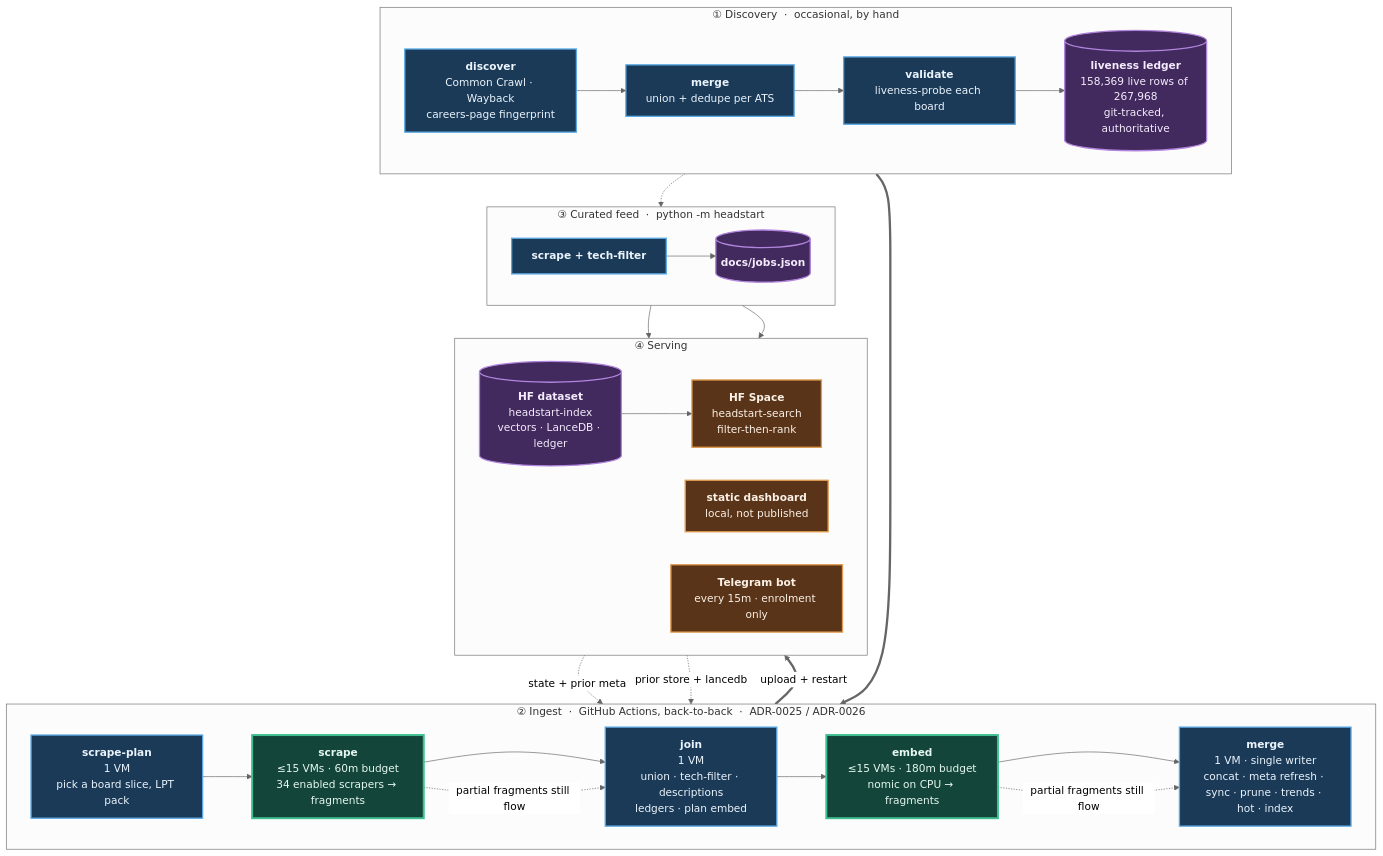
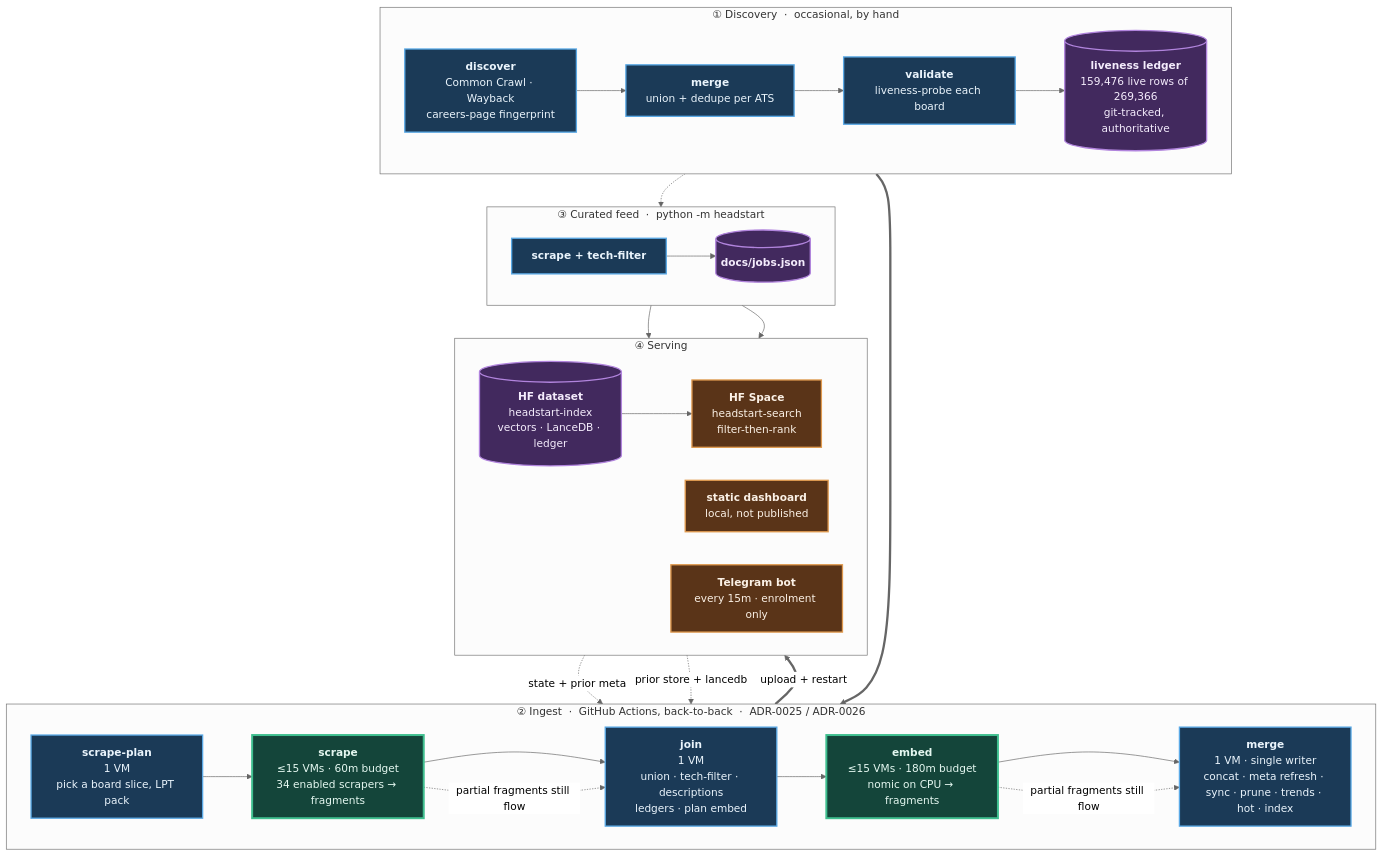
Before and after one commit to sarthakjain004/headstart: the diagram in README.md, drawn with Mermaid (neutral theme). The commit also changed other lines of this file and 24 other files, not shown here.

First line of the commit message:
Add 1,398 ledger rows from the Indeed ATS fingerprint sweep

````diff
--- a/README.md
+++ b/README.md
@@ -171,56 +171,56 @@
 ```mermaid
 flowchart TB
     subgraph D["① Discovery &nbsp;·&nbsp; occasional, by hand"]
         direction LR
         D1["<b>discover</b><br/>Common Crawl · Wayback<br/>careers-page fingerprint"]
         D2["<b>merge</b><br/>union + dedupe per ATS"]
         D3["<b>validate</b><br/>liveness-probe each board"]
-        D4[("<b>liveness ledger</b><br/>158,369 live rows of 267,968<br/>git-tracked, authoritative")]
+        D4[("<b>liveness ledger</b><br/>159,476 live rows of 269,366<br/>git-tracked, authoritative")]
         D1 --> D2 --> D3 --> D4
     end
 
     subgraph P["② Ingest &nbsp;·&nbsp; GitHub Actions, back-to-back &nbsp;·&nbsp; ADR-0025 / ADR-0026"]
         direction LR
         P1["<b>scrape-plan</b><br/>1 VM<br/>pick a board slice, LPT pack"]
         P2["<b>scrape</b><br/>≤15 VMs · 60m budget<br/>34 enabled scrapers → fragments"]
         P3["<b>join</b><br/>1 VM<br/>union · tech-filter · descriptions<br/>ledgers · plan embed"]
         P4["<b>embed</b><br/>≤15 VMs · 180m budget<br/>nomic on CPU → fragments"]
         P5["<b>merge</b><br/>1 VM · single writer<br/>concat · meta refresh · sync · prune · trends · hot · index"]
         P1 --> P2 --> P3 --> P4 --> P5
     end
 
     subgraph F["③ Curated feed &nbsp;·&nbsp; python -m headstart"]
         direction LR
         F1["<b>scrape + tech-filter</b>"]
         F2[("<b>docs/jobs.json</b>")]
         F1 --> F2
     end
 
     subgraph S["④ Serving"]
         direction LR
         S1[("<b>HF dataset</b><br/>headstart-index<br/>vectors · LanceDB · ledger")]
         S2["<b>HF Space</b><br/>headstart-search<br/>filter-then-rank"]
         S3["<b>static dashboard</b><br/>local, not published"]
         S4["<b>Telegram bot</b><br/>every 15m · enrolment only"]
         S1 --> S2
     end
 
     D4 ==> P1
     S1 -. "state + prior meta" .-> P1
     S1 -. "prior store + lancedb" .-> P5
     D4 -.-> F1
     P5 ==>|"upload + restart"| S1
     F2 --> S3
     F2 --> S4
     P2 -. "partial fragments still flow" .-> P3
     P4 -. "partial fragments still flow" .-> P5
 
     classDef serial fill:#1b3a57,stroke:#5aa9e6,stroke-width:2px,color:#eaf4fc
     classDef fan fill:#14453a,stroke:#3fbf8f,stroke-width:3px,color:#e4f7f0
     classDef store fill:#42295e,stroke:#b184dd,stroke-width:2px,color:#f4ecfc
     classDef serve fill:#5a3418,stroke:#e09a4f,stroke-width:2px,color:#fbf1e6
     class D1,D2,D3,P1,P3,P5,F1 serial
     class P2,P4 fan
     class D4,F2,S1 store
     class S2,S3,S4 serve
 ```
````
